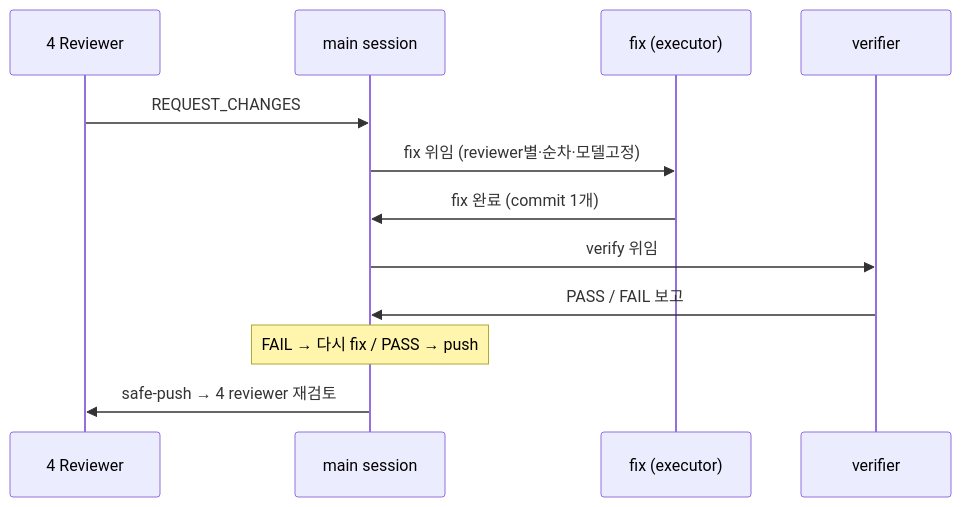
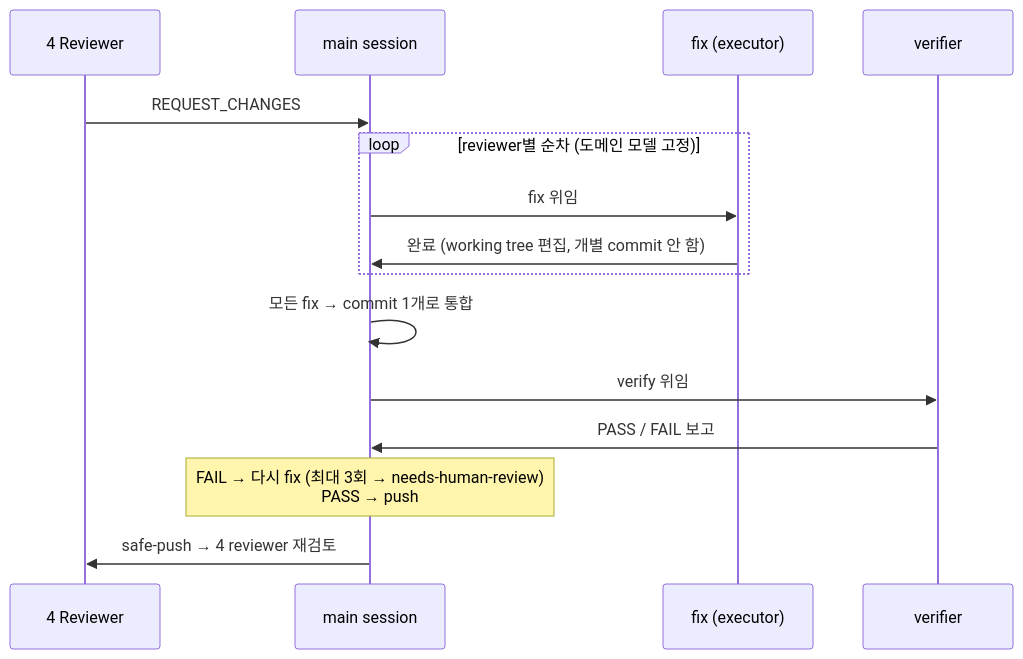
Before and after one commit to simsimhugh/macro-logbot: the second of 2 diagrams in docs/process/03-개발-프로세스.md, drawn with Mermaid. The commit also changed other lines of this file and 2 other files, not shown here.

First line of the commit message:
docs(process): PR #97 reviewer fix — 모델매핑 중복 제거 + fix→verify 3회 한도 + commit 책임 명확화

````diff
--- a/docs/process/03-개발-프로세스.md
+++ b/docs/process/03-개발-프로세스.md
@@ -147,14 +147,17 @@
 ```mermaid
 sequenceDiagram
     participant R as 4 Reviewer
     participant M as main session
     participant F as fix (executor)
     participant V as verifier
     R->>M: REQUEST_CHANGES
-    M->>F: fix 위임 (reviewer별·순차·모델고정)
-    F->>M: fix 완료 (commit 1개)
+    loop reviewer별 순차 (도메인 모델 고정)
+        M->>F: fix 위임
+        F->>M: 완료 (working tree 편집, 개별 commit 안 함)
+    end
+    M->>M: 모든 fix → commit 1개로 통합
     M->>V: verify 위임
     V->>M: PASS / FAIL 보고
-    Note over M: FAIL → 다시 fix / PASS → push
+    Note over M: FAIL → 다시 fix (최대 3회 → needs-human-review)<br/>PASS → push
     M->>R: safe-push → 4 reviewer 재검토
 ```
````
